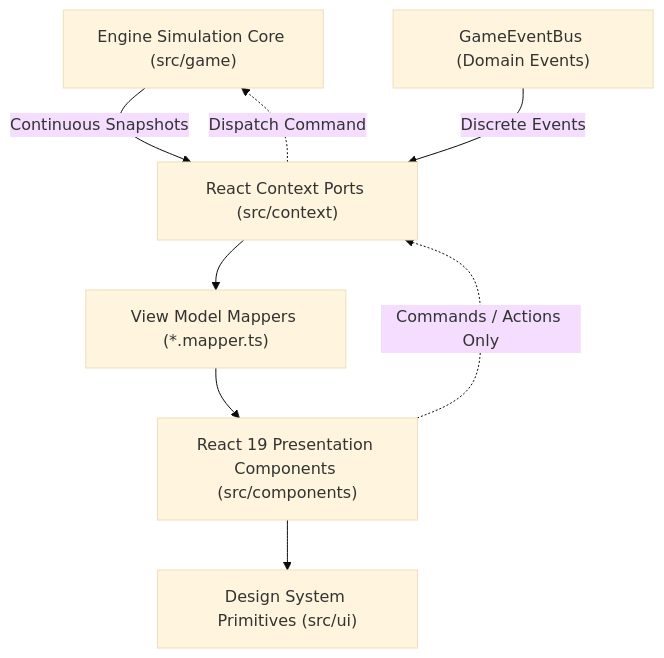
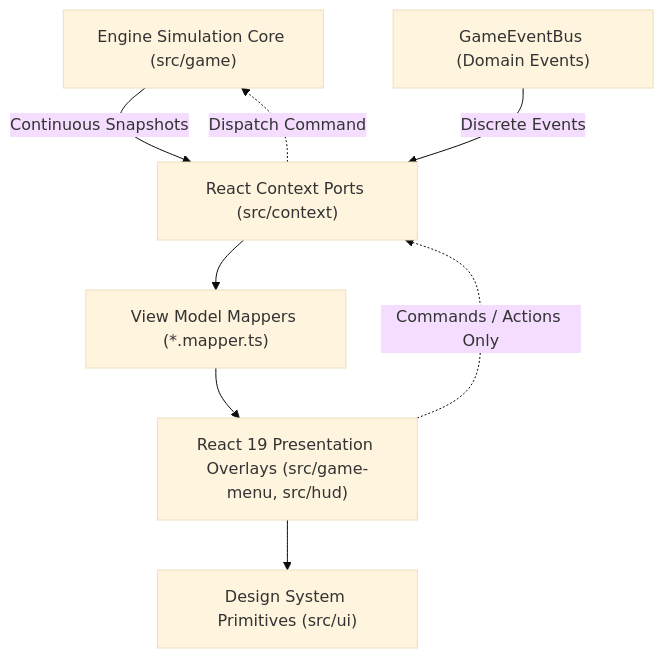
One commit to beoArcha/oXyFlow.VibrantCastle changed the diagram in docs/manifesto/USERINTERFACE.md. Above: the diagram before and after it, drawn with Mermaid (base theme). The commit also changed other lines of this file and 187 other files, not shown here.

First line of the commit message:
refactor(ui): decompose src/components into src/game-menu and src/hud

````diff
--- a/docs/manifesto/USERINTERFACE.md
+++ b/docs/manifesto/USERINTERFACE.md
@@ -9,10 +9,10 @@
 ```mermaid
 graph TD
     Engine["Engine Simulation Core (src/game)"] -->|Continuous Snapshots| Bridge["React Context Ports (src/context)"]
     EventBus["GameEventBus (Domain Events)"] -->|Discrete Events| Bridge
     Bridge --> Mappers["View Model Mappers (*.mapper.ts)"]
-    Mappers --> UI["React 19 Presentation Components (src/components)"]
+    Mappers --> UI["React 19 Presentation Overlays (src/game-menu, src/hud)"]
     UI --> Primitives["Design System Primitives (src/ui)"]
     UI -.->|Commands / Actions Only| Bridge
     Bridge -.->|Dispatch Command| Engine
 ```
````
